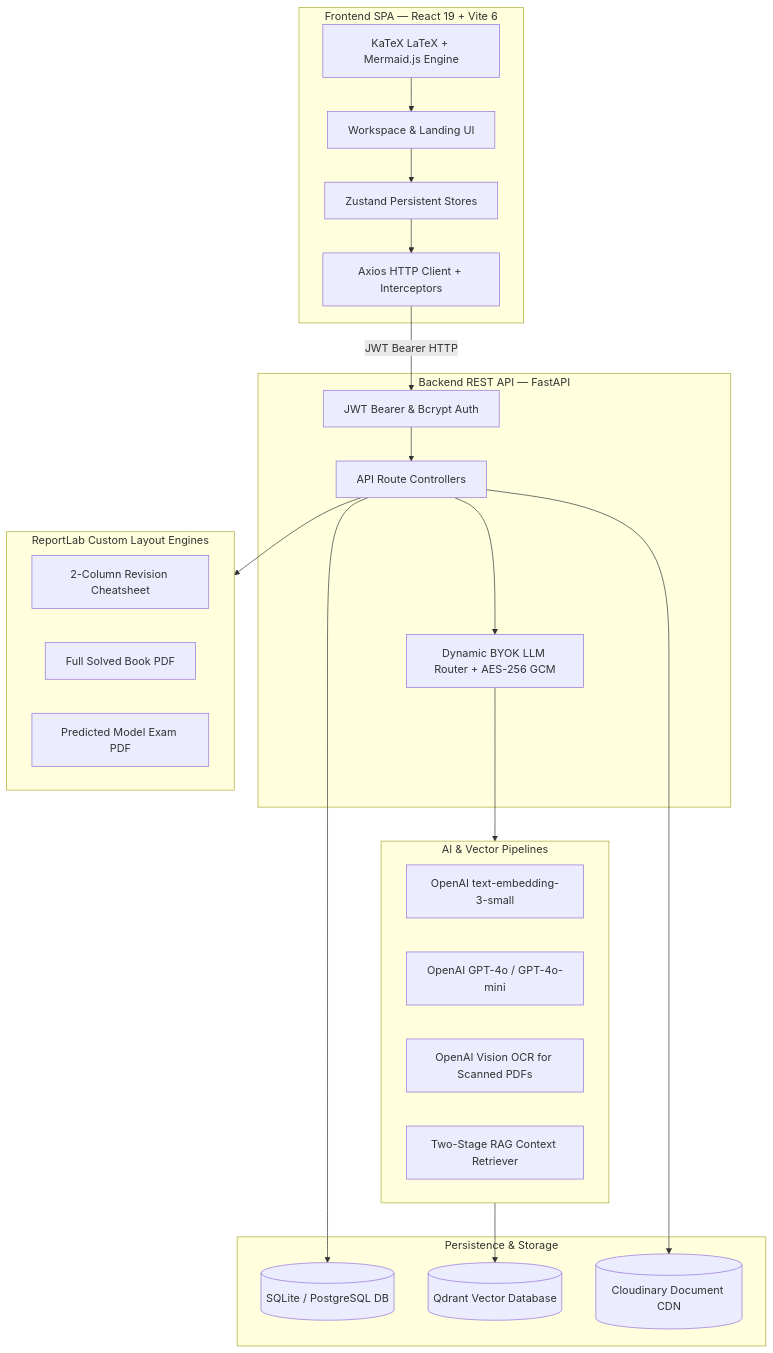
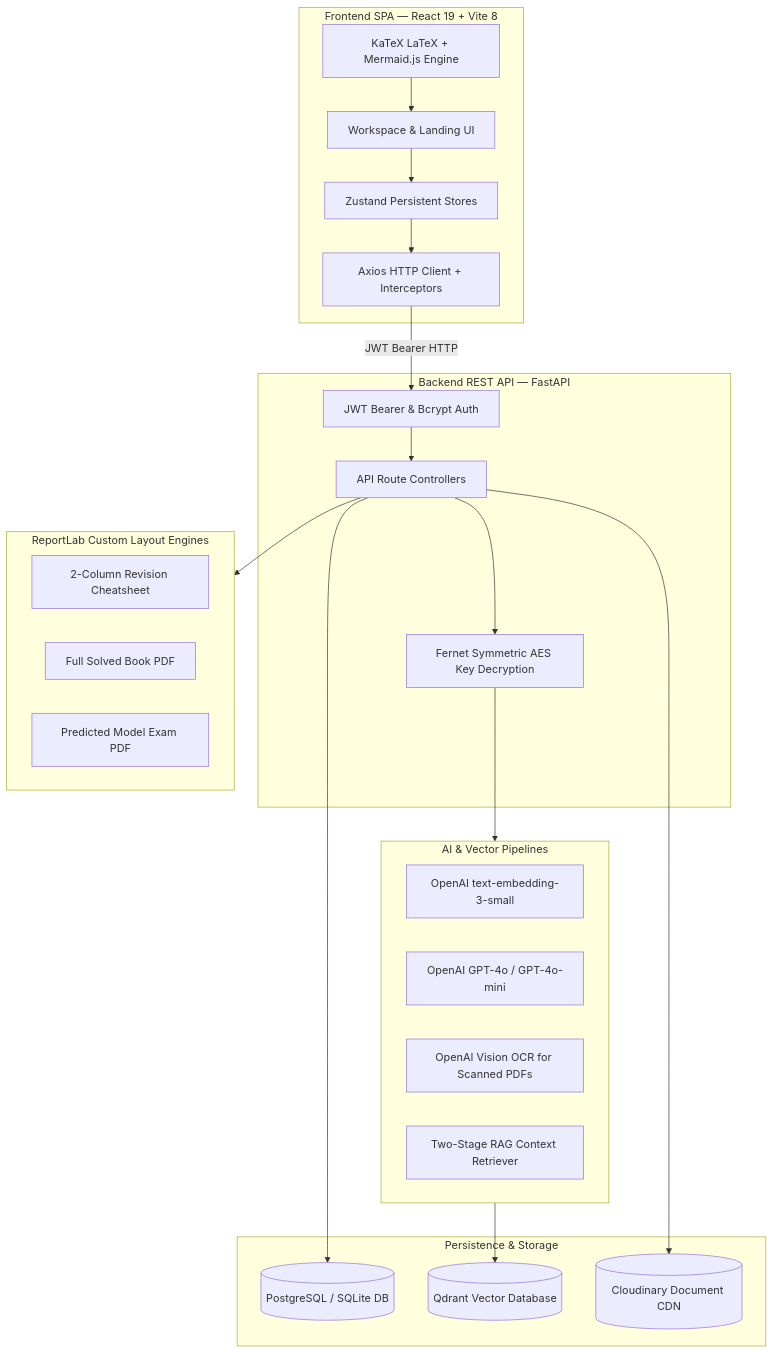
One commit to kshxaib/AcademicStack changed the diagram in README.md. Above: the diagram before and after it, drawn with Mermaid. The commit also changed other lines of this file and 9 other files, not shown here.

````diff
--- a/README.md
+++ b/README.md
@@ -41,43 +42,43 @@
 ```mermaid
 flowchart TB
-    subgraph Client [Frontend SPA — React 19 + Vite 6]
+    subgraph Client [Frontend SPA — React 19 + Vite 8]
         UI[Workspace & Landing UI]
         State[Zustand Persistent Stores]
         Render[KaTeX LaTeX + Mermaid.js Engine]
         Axios[Axios HTTP Client + Interceptors]
     end
 
     subgraph Server [Backend REST API — FastAPI]
         Auth[JWT Bearer & Bcrypt Auth]
-        BYOK[Dynamic BYOK LLM Router + AES-256 GCM]
+        BYOK[Fernet Symmetric AES Key Decryption]
         Controllers[API Route Controllers]
     end
 
     subgraph AI_Engine [AI & Vector Pipelines]
         Embeddings[OpenAI text-embedding-3-small]
         LLM[OpenAI GPT-4o / GPT-4o-mini]
         Vision[OpenAI Vision OCR for Scanned PDFs]
         RAG[Two-Stage RAG Context Retriever]
     end
 
     subgraph Storage [Persistence & Storage]
-        DB[(SQLite / PostgreSQL DB)]
+        DB[(PostgreSQL / SQLite DB)]
         Qdrant[(Qdrant Vector Database)]
         Cloudinary[(Cloudinary Document CDN)]
     end
 
     subgraph PDF_Engines [ReportLab Custom Layout Engines]
         CheatPDF[2-Column Revision Cheatsheet]
         SolvedPDF[Full Solved Book PDF]
         ExamPDF[Predicted Model Exam PDF]
     end
 
     UI --> State --> Axios
     Axios -- JWT Bearer HTTP --> Auth --> Controllers
     Controllers --> BYOK --> AI_Engine
     Controllers --> DB
     Controllers --> Cloudinary
     AI_Engine --> Qdrant
     Controllers --> PDF_Engines
     Render --> UI
 ```
````
